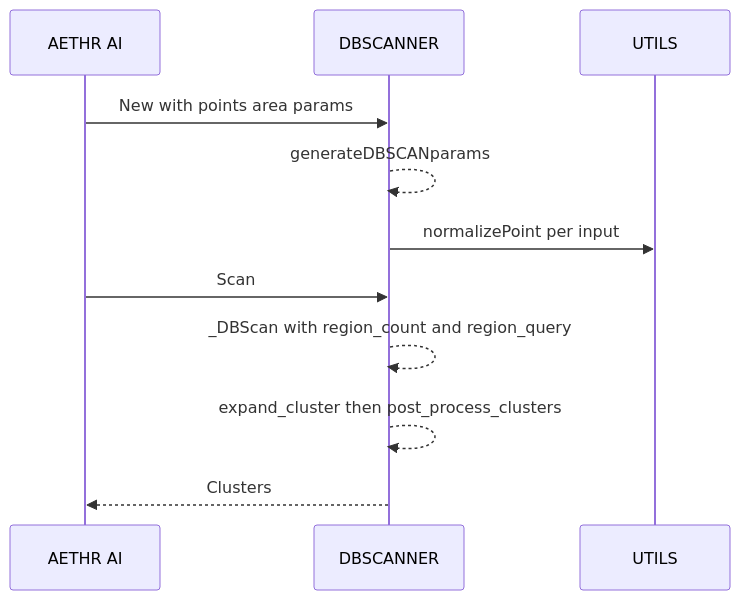
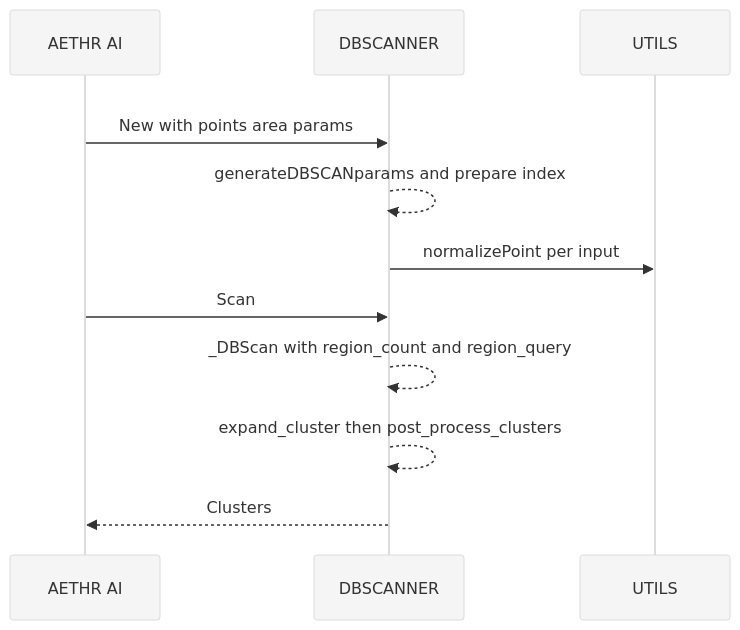
The second of 2 diagrams in docs/ai/README.md (Gh0st352/AETHR), drawn with Mermaid before and after one commit. The commit also changed other lines of this file and 2 other files, not shown here.

Commit message:
docs: enhance diagrams in README, data_structures, and dbscan with subgraphs, improved styles, and readability adjustments

````diff
--- a/docs/ai/README.md
+++ b/docs/ai/README.md
@@ -34,13 +55,17 @@
 ```mermaid
+%%{init: {"theme":"base", "themeVariables": {"primaryColor":"#f5f5f5"}}}%%
 sequenceDiagram
-  participant AI as AETHR AI
-  participant DB as DBSCANNER
-  participant U as UTILS
-  AI->>DB: New with points area params
-  DB-->>DB: generateDBSCANparams
-  DB->>U: normalizePoint per input
-  AI->>DB: Scan
-  DB-->>DB: _DBScan with region_count and region_query
-  DB-->>DB: expand_cluster then post_process_clusters
-  DB-->>AI: Clusters
+  %% Background rect improves readability on dark docs
+  rect rgba(255,255,255,0.75)
+    participant AI as AETHR AI
+    participant DB as DBSCANNER
+    participant U as UTILS
+    AI->>DB: New with points area params
+    DB-->>DB: generateDBSCANparams and prepare index
+    DB->>U: normalizePoint per input
+    AI->>DB: Scan
+    DB-->>DB: _DBScan with region_count and region_query
+    DB-->>DB: expand_cluster then post_process_clusters
+    DB-->>AI: Clusters
+  end
 ```
````
